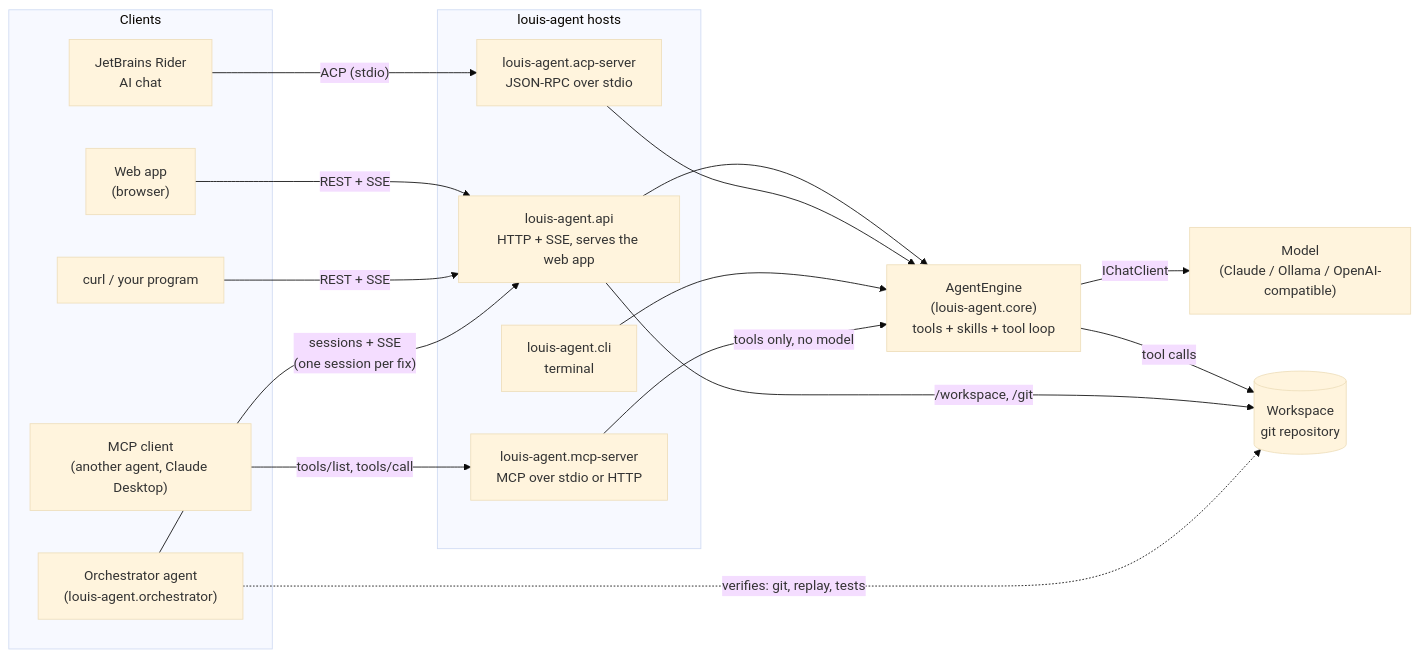
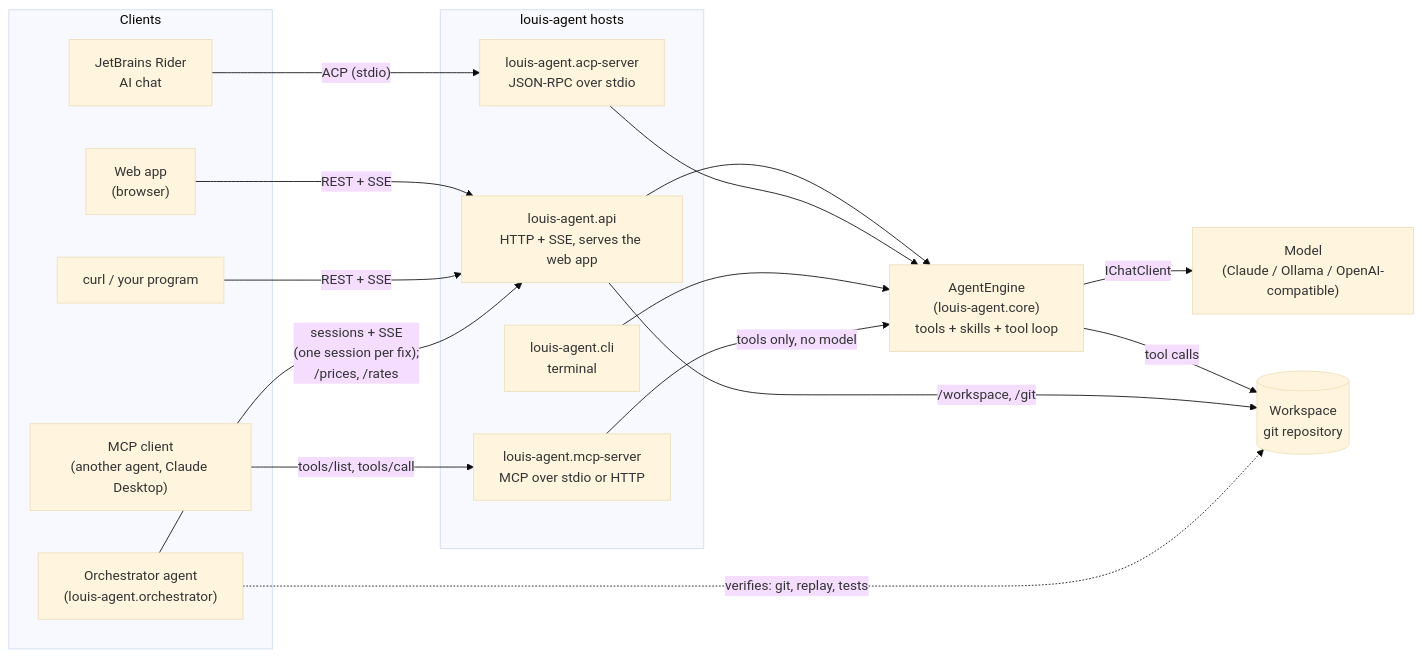
Before and after one commit to bosbevk/louis-agent: the first of 3 diagrams in docs/AGENT_COMMUNICATION.md, drawn with Mermaid (base theme). The commit also changed other lines of this file, not shown here.

````diff
--- a/docs/AGENT_COMMUNICATION.md
+++ b/docs/AGENT_COMMUNICATION.md
@@ -9,35 +9,35 @@
 ```mermaid
 flowchart LR
     subgraph clients["Clients"]
         Browser["Web app<br/>(browser)"]
         Rider["JetBrains Rider<br/>AI chat"]
         Script["curl / your program"]
         McpClient["MCP client<br/>(another agent, Claude Desktop)"]
         Orch["Orchestrator agent<br/>(louis-agent.orchestrator)"]
     end
 
     subgraph hosts["louis-agent hosts"]
         Api["louis-agent.api<br/>HTTP + SSE, serves the web app"]
         Acp["louis-agent.acp-server<br/>JSON-RPC over stdio"]
         Mcp["louis-agent.mcp-server<br/>MCP over stdio or HTTP"]
         Cli["louis-agent.cli<br/>terminal"]
     end
 
     Engine["AgentEngine<br/>(louis-agent.core)<br/>tools + skills + tool loop"]
     Model["Model<br/>(Claude / Ollama / OpenAI-compatible)"]
     Repo[("Workspace<br/>git repository")]
 
     Browser -- "REST + SSE" --> Api
     Script -- "REST + SSE" --> Api
-    Orch -- "sessions + SSE<br/>(one session per fix)" --> Api
+    Orch -- "sessions + SSE<br/>(one session per fix);<br/>/prices, /rates" --> Api
     Rider -- "ACP (stdio)" --> Acp
     McpClient -- "tools/list, tools/call" --> Mcp
     Api --> Engine
     Acp --> Engine
     Cli --> Engine
     Mcp -- "tools only, no model" --> Engine
     Engine -- "IChatClient" --> Model
     Engine -- "tool calls" --> Repo
     Api -- "/workspace, /git" --> Repo
     Orch -. "verifies: git, replay, tests" .-> Repo
 ```
````
